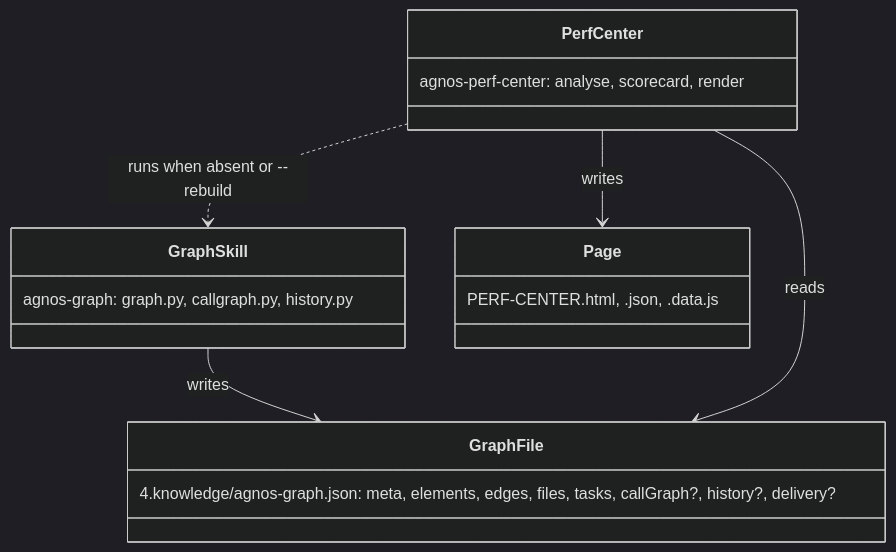
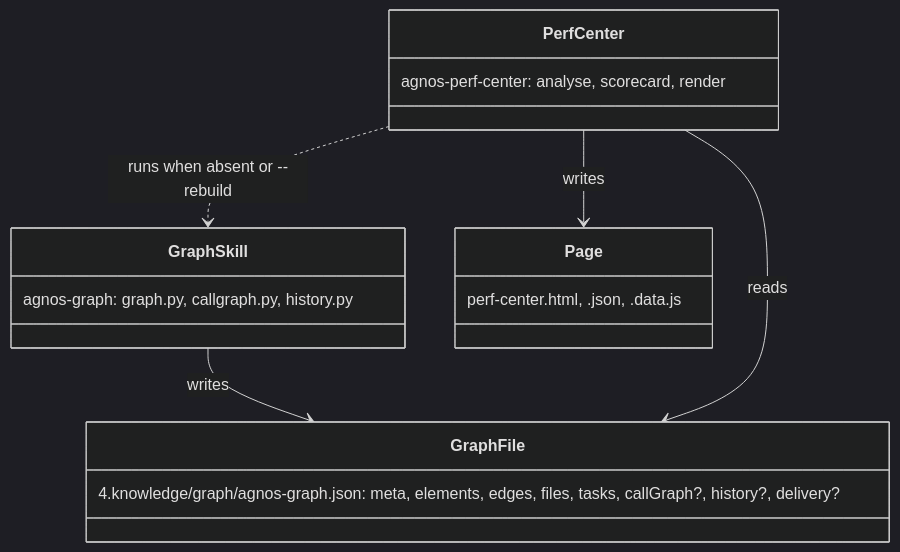
The first of 2 diagrams in agnos-process/2.architecture/ADR-TRC-022-graph-construction-boundary.md (spashx/agnos), drawn with Mermaid (dark theme) before and after one commit. The commit also changed other lines of this file and 16 other files, not shown here.

Commit message:
docs(TRC): ADR-TRC-025/TASK-TRC-130 document graph explorer feature, decisions and plan; align graph path and lowercase perf center names

````diff
--- a/agnos-process/2.architecture/ADR-TRC-022-graph-construction-boundary.md
+++ b/agnos-process/2.architecture/ADR-TRC-022-graph-construction-boundary.md
@@ -45,11 +47,11 @@
 ```mermaid
 classDiagram
     class GraphSkill { agnos-graph: graph.py, callgraph.py, history.py }
-    class GraphFile { 4.knowledge/agnos-graph.json: meta, elements, edges, files, tasks, callGraph?, history?, delivery? }
+    class GraphFile { 4.knowledge/graph/agnos-graph.json: meta, elements, edges, files, tasks, callGraph?, history?, delivery? }
     class PerfCenter { agnos-perf-center: analyse, scorecard, render }
-    class Page { PERF-CENTER.html, .json, .data.js }
+    class Page { perf-center.html, .json, .data.js }
     GraphSkill --> GraphFile : writes
     PerfCenter --> GraphFile : reads
     PerfCenter --> Page : writes
     PerfCenter ..> GraphSkill : runs when absent or --rebuild
 ```
````
